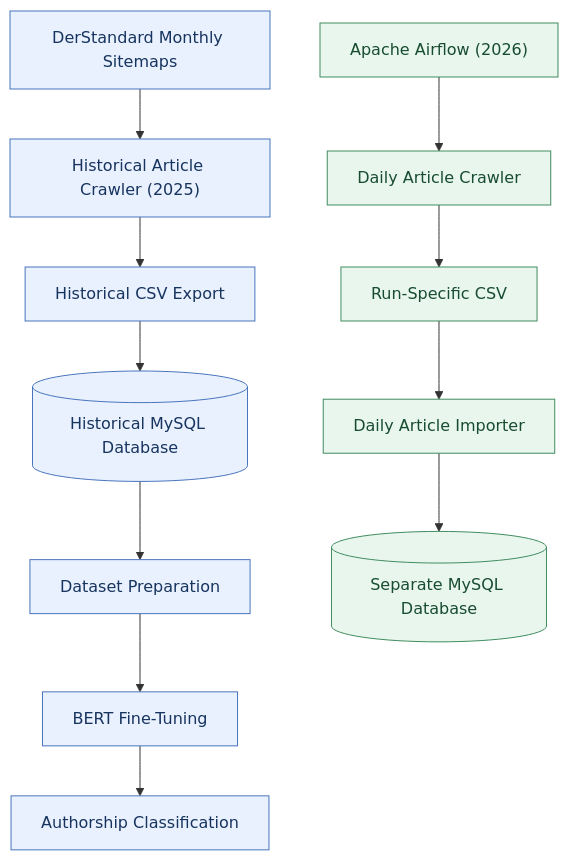
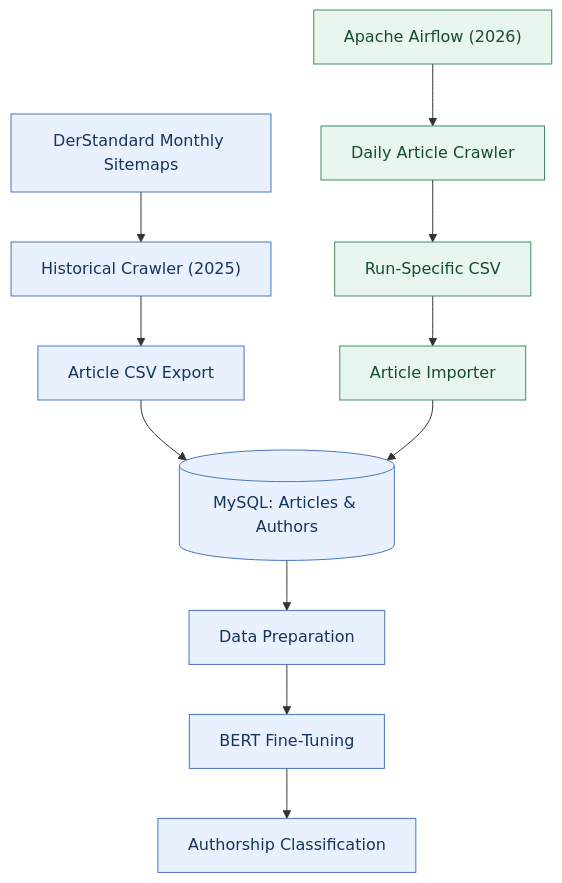
Before and after one commit to leon-fabio-weber/ai-based-authorship-attribution: the diagram in README.md, drawn with Mermaid. The commit also changed other lines of this file, not shown here.

Commit message:
docs: add shared MySQL architecture diagram

````diff
--- a/README.md
+++ b/README.md
@@ -34,26 +32,24 @@
 ```mermaid
 flowchart TD
     A["DerStandard Monthly Sitemaps"]
-    B["Historical Article Crawler (2025)"]
-    C["Historical CSV Export"]
-    D[("Historical MySQL Database")]
-    E["Dataset Preparation"]
+    B["Historical Crawler (2025)"]
+    C["Article CSV Export"]
+    D[("MySQL: Articles & Authors")]
+    E["Data Preparation"]
     F["BERT Fine-Tuning"]
     G["Authorship Classification"]
 
     A --> B --> C --> D --> E --> F --> G
 
     H["Apache Airflow (2026)"]
     I["Daily Article Crawler"]
     J["Run-Specific CSV"]
-    K["Daily Article Importer"]
-    L[("Separate MySQL Database")]
+    K["Article Importer"]
 
-    H --> I --> J --> K --> L
+    H --> I --> J --> K --> D
 
     classDef historical fill:#e9f1ff,stroke:#4975bc,color:#17345e
     classDef extension fill:#e8f6ed,stroke:#418c60,color:#184c30
-
     class A,B,C,D,E,F,G historical
-    class H,I,J,K,L extension
+    class H,I,J,K extension
 ```
````
